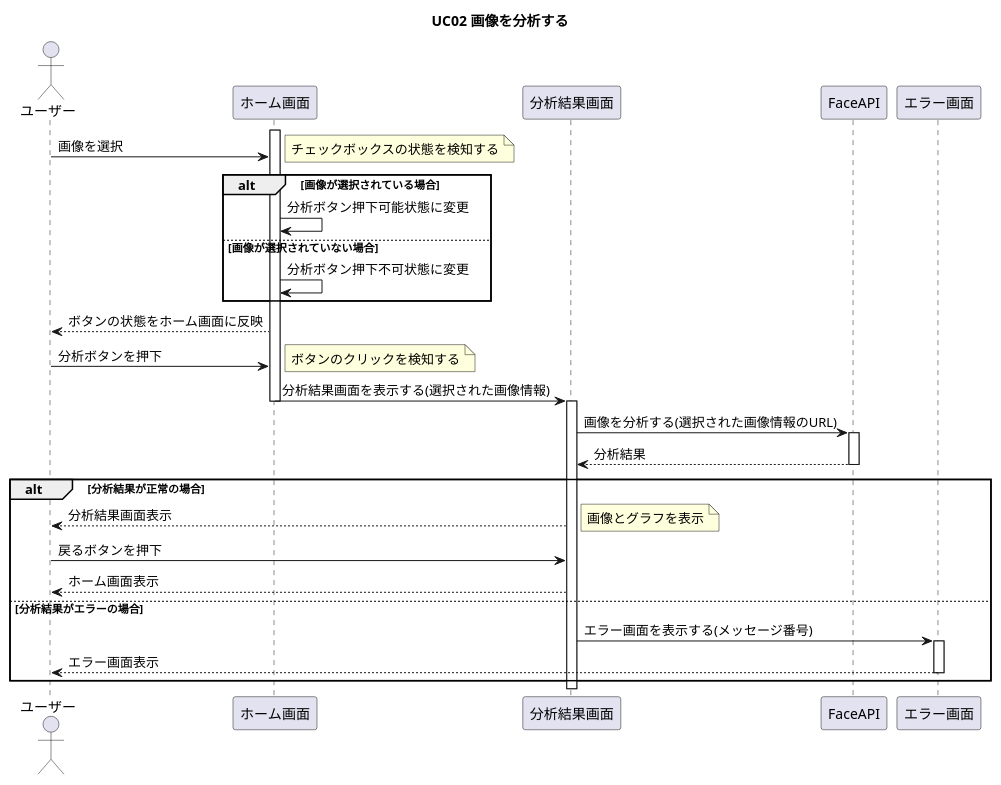
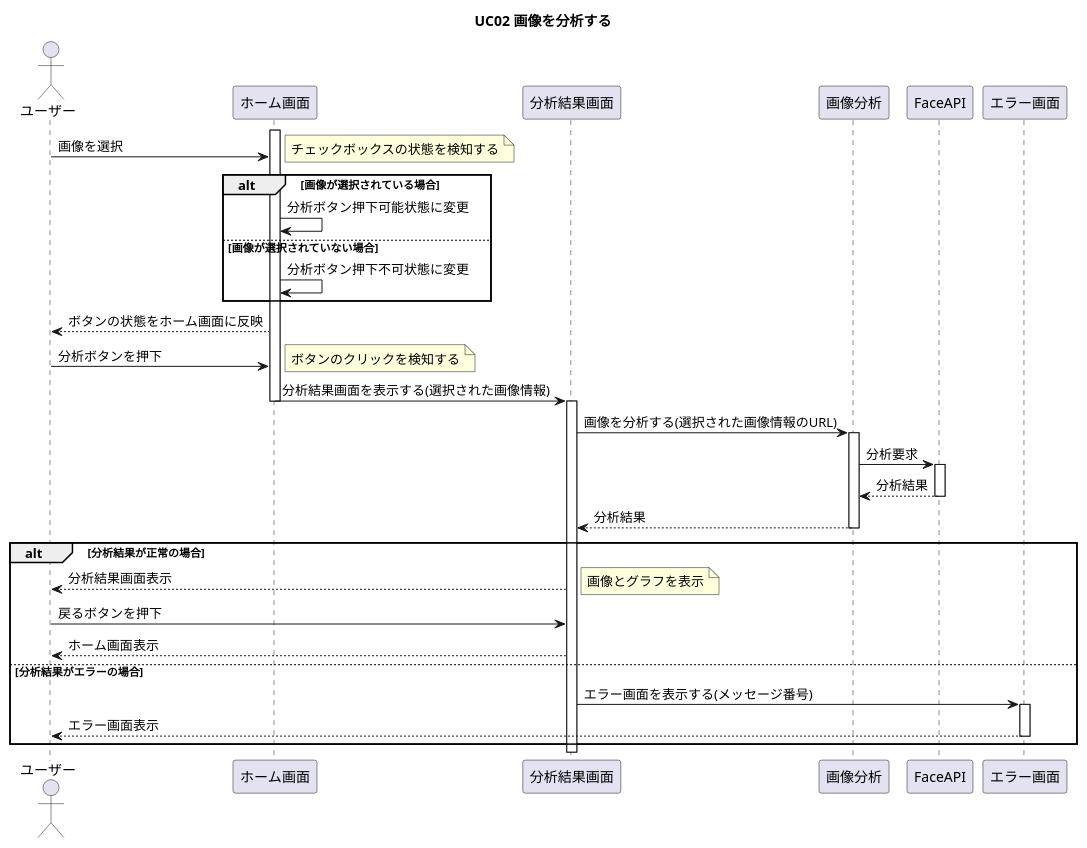
The diagram in uml/seqDiag02.pu (nishikawa1114/FaceEmotionSystem), drawn with PlantUML before and after one commit. The commit also changed 1 other file, not shown here.

```diff
--- a/uml/seqDiag02.pu
+++ b/uml/seqDiag02.pu
@@ -1,45 +1,50 @@
 @startuml
 title UC02 画像を分析する
 
 actor ユーザー
 participant ホーム画面
 participant 分析結果画面
+participant 画像分析
 participant FaceAPI
 participant エラー画面
 
 activate ホーム画面
 ユーザー -> ホーム画面 : 画像を選択
 note right : チェックボックスの状態を検知する
 
 alt 画像が選択されている場合
 ホーム画面 -> ホーム画面 : 分析ボタン押下可能状態に変更
 
 else 画像が選択されていない場合
 ホーム画面 -> ホーム画面 : 分析ボタン押下不可状態に変更
 end
 ユーザー <-- ホーム画面 : ボタンの状態をホーム画面に反映
 
 ユーザー -> ホーム画面 : 分析ボタンを押下
 note right : ボタンのクリックを検知する
 ホーム画面 -> 分析結果画面 : 分析結果画面を表示する(選択された画像情報)
 deactivate ホーム画面
 activate 分析結果画面
-分析結果画面 -> FaceAPI : 画像を分析する(選択された画像情報のURL)
+分析結果画面 -> 画像分析 : 画像を分析する(選択された画像情報のURL)
+activate 画像分析
+画像分析 -> FaceAPI : 分析要求
 activate FaceAPI
-分析結果画面 <-- FaceAPI : 分析結果
+画像分析 <-- FaceAPI : 分析結果
 deactivate FaceAPI
+分析結果画面 <-- 画像分析 : 分析結果
+deactivate 画像分析
 
 alt 分析結果が正常の場合
 ユーザー <-- 分析結果画面 : 分析結果画面表示
 note right : 画像とグラフを表示
 ユーザー -> 分析結果画面 : 戻るボタンを押下
 ユーザー <-- 分析結果画面 : ホーム画面表示
 
 else 分析結果がエラーの場合
 分析結果画面 -> エラー画面 : エラー画面を表示する(メッセージ番号)
 activate エラー画面
 ユーザー <-- エラー画面 : エラー画面表示
 deactivate エラー画面
 end
 
 @enduml
```
